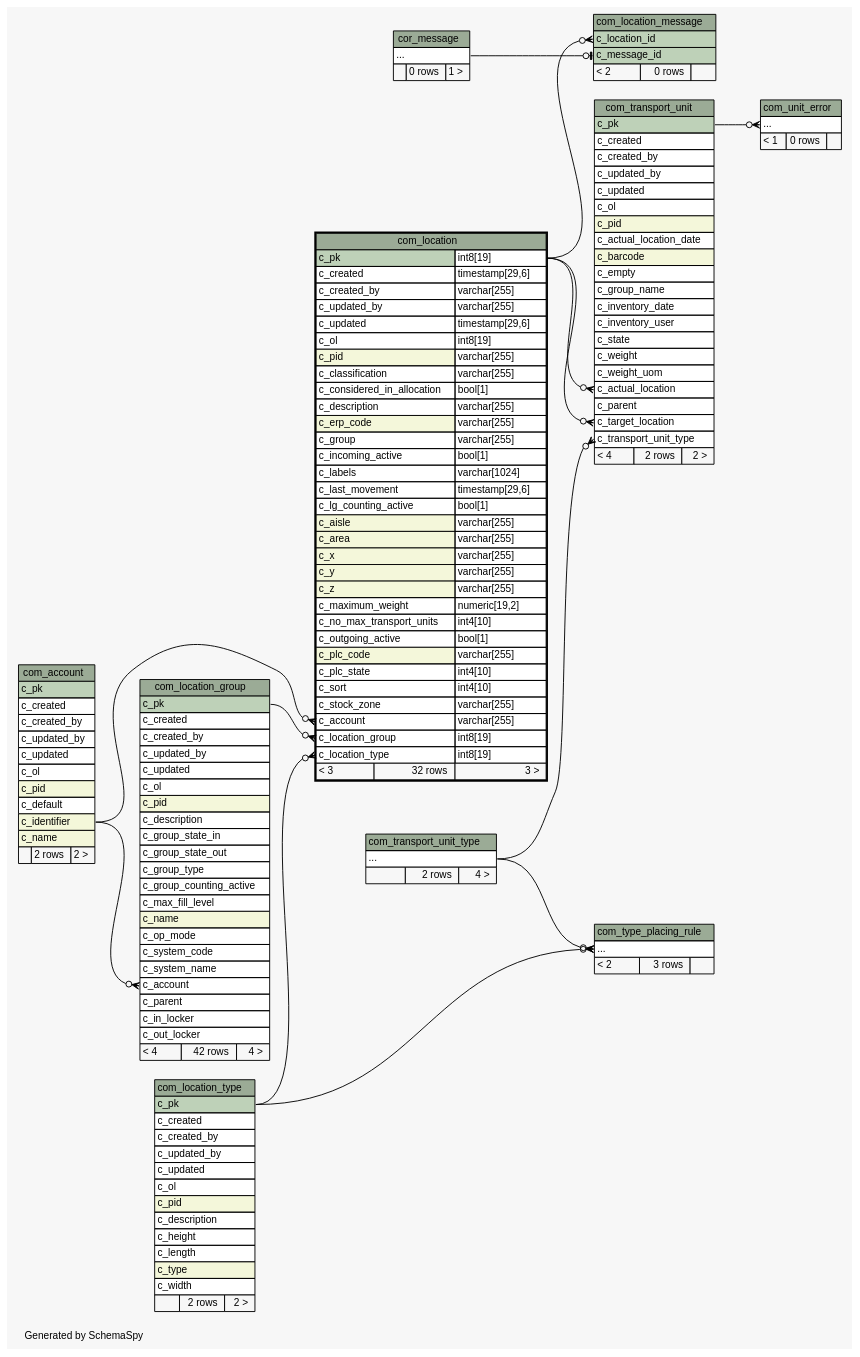
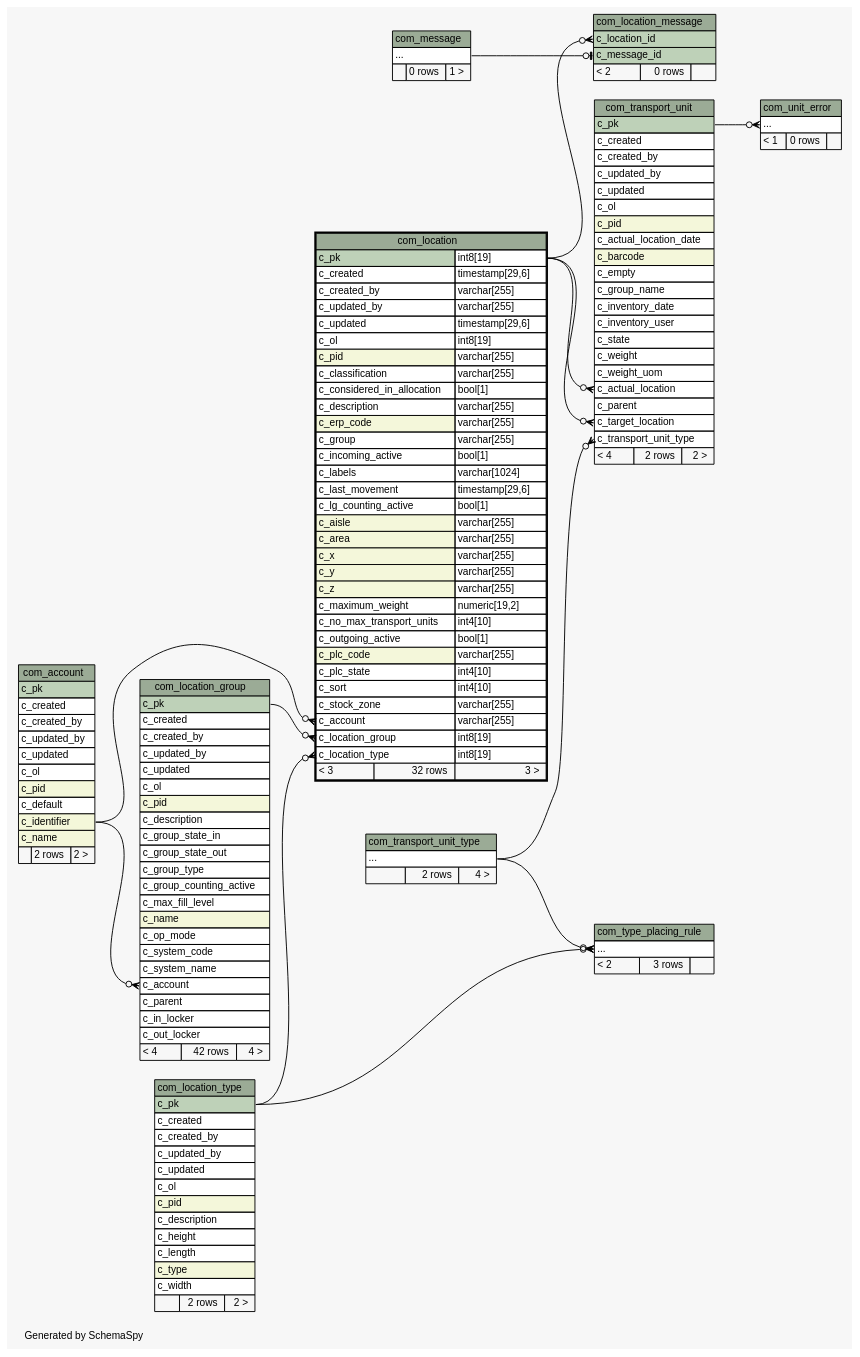
One commit to openwms/org.openwms.common.service.lib changed the diagram in 2.1.0-SNAPSHOT/schemaspy/diagrams/com_location.2degrees.dot. Above: the diagram before and after it, drawn with Graphviz. The commit also changed 576 other files, not shown here.

```diff
--- a/2.1.0-SNAPSHOT/schemaspy/diagrams/com_location.2degrees.dot
+++ b/2.1.0-SNAPSHOT/schemaspy/diagrams/com_location.2degrees.dot
@@ -1,4 +1,4 @@
-// dot 2.43.0 on Linux 5.15.0-1039-azure
+// dot 2.43.0 on Linux 5.15.0-1040-azure
 // SchemaSpy rev Unknown
 digraph "twoDegreesRelationshipsDiagram" {
   graph [
@@ -24,7 +24,7 @@
   "com_location":"c_location_type":w -> "com_location_type":"c_pk":e [arrowhead=none dir=back arrowtail=crowodot];
   "com_location_group":"c_account":w -> "com_account":"c_identifier":e [arrowhead=none dir=back arrowtail=crowodot];
   "com_location_message":"c_location_id":w -> "com_location":"c_pk.type":e [arrowhead=none dir=back arrowtail=crowodot];
-  "com_location_message":"c_message_id":w -> "cor_message":"elipses":e [arrowhead=none dir=back arrowtail=teeodot];
+  "com_location_message":"c_message_id":w -> "com_message":"elipses":e [arrowhead=none dir=back arrowtail=teeodot];
   "com_transport_unit":"c_actual_location":w -> "com_location":"c_pk.type":e [arrowhead=none dir=back arrowtail=crowodot];
   "com_transport_unit":"c_target_location":w -> "com_location":"c_pk.type":e [arrowhead=none dir=back arrowtail=crowodot];
   "com_transport_unit":"c_transport_unit_type":w -> "com_transport_unit_type":"elipses":e [arrowhead=none dir=back arrowtail=crowodot];
@@ -152,6 +152,16 @@
     URL="com_location_type.html"
     tooltip="com_location_type"
   ];
+  "com_message" [
+    label=<
+    <TABLE BORDER="0" CELLBORDER="1" CELLSPACING="0" BGCOLOR="#ffffff">
+      <TR><TD COLSPAN="3" BGCOLOR="#9bab96" ALIGN="CENTER">com_message</TD></TR>
+      <TR><TD PORT="elipses" COLSPAN="3" ALIGN="LEFT">...</TD></TR>
+      <TR><TD ALIGN="LEFT" BGCOLOR="#f7f7f7">  </TD><TD ALIGN="RIGHT" BGCOLOR="#f7f7f7">0 rows</TD><TD ALIGN="RIGHT" BGCOLOR="#f7f7f7">1 &gt;</TD></TR>
+    </TABLE>>
+    URL="com_message.html"
+    tooltip="com_message"
+  ];
   "com_transport_unit" [
     label=<
     <TABLE BORDER="0" CELLBORDER="1" CELLSPACING="0" BGCOLOR="#ffffff">
@@ -211,14 +221,4 @@
     URL="com_unit_error.html"
     tooltip="com_unit_error"
   ];
-  "cor_message" [
-    label=<
-    <TABLE BORDER="0" CELLBORDER="1" CELLSPACING="0" BGCOLOR="#ffffff">
-      <TR><TD COLSPAN="3" BGCOLOR="#9bab96" ALIGN="CENTER">cor_message</TD></TR>
-      <TR><TD PORT="elipses" COLSPAN="3" ALIGN="LEFT">...</TD></TR>
-      <TR><TD ALIGN="LEFT" BGCOLOR="#f7f7f7">  </TD><TD ALIGN="RIGHT" BGCOLOR="#f7f7f7">0 rows</TD><TD ALIGN="RIGHT" BGCOLOR="#f7f7f7">1 &gt;</TD></TR>
-    </TABLE>>
-    URL="cor_message.html"
-    tooltip="cor_message"
-  ];
 }
```
